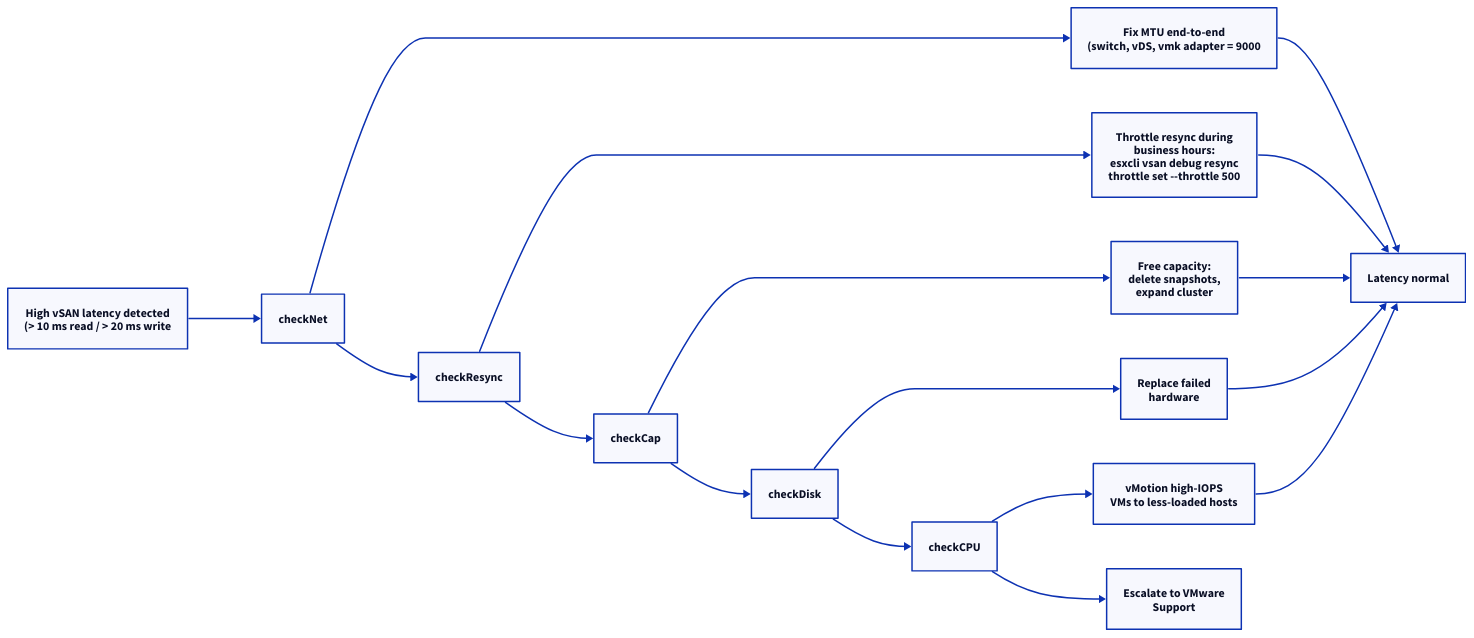
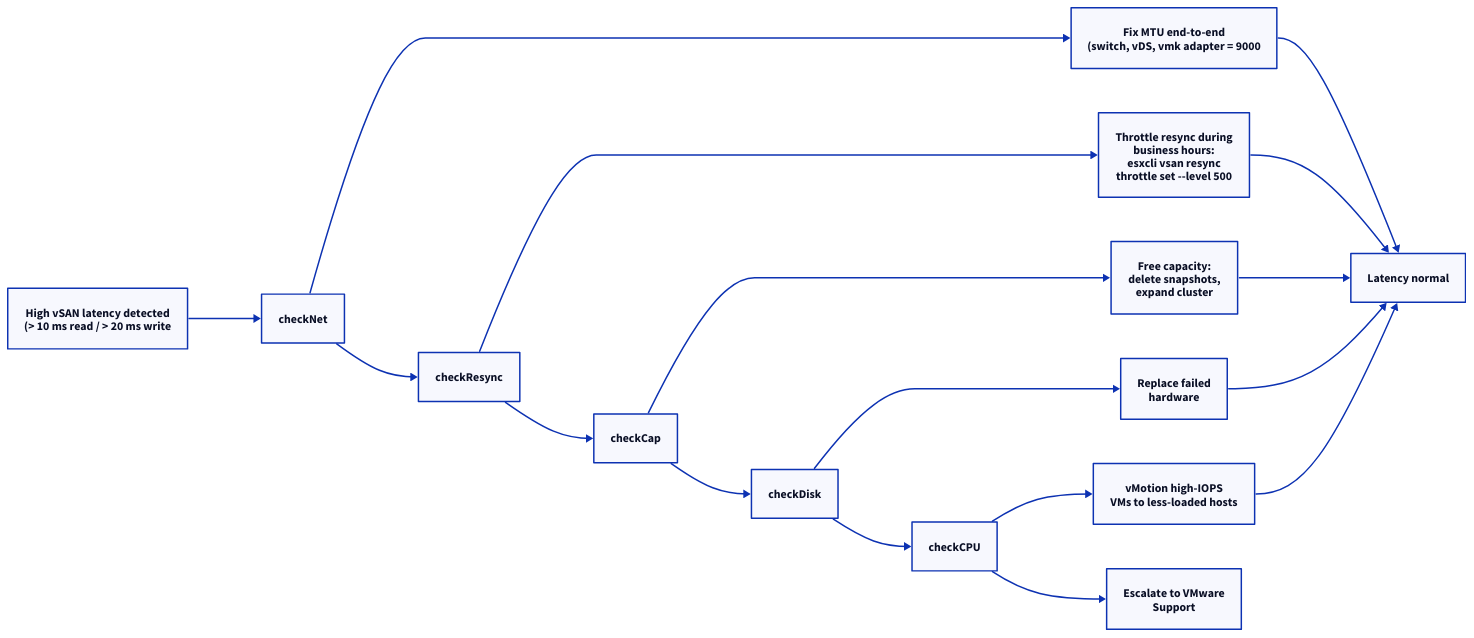
One commit to canast01/chris-kb changed the second of 4 diagrams in docs/virtualization/vmware/products/vsan/troubleshooting/common-issues.md. Above: the diagram before and after it, drawn with D2. The commit also changed other lines of this file and 141 other files, not shown here.

````diff
--- a/docs/virtualization/vmware/products/vsan/troubleshooting/common-issues.md
+++ b/docs/virtualization/vmware/products/vsan/troubleshooting/common-issues.md
@@ -235,34 +181,34 @@
 ```d2
 direction: right
 
 highLat: "High vSAN latency detected\n(> 10 ms read / > 20 ms write" {shape: rectangle}
 checkNet: "checkNet" {shape: rectangle}
 fixMTU: "Fix MTU end-to-end\n(switch, vDS, vmk adapter = 9000" {shape: rectangle}
 resolved: "Latency normal" {shape: rectangle}
 checkResync: "checkResync" {shape: rectangle}
-throttle: "Throttle resync during\nbusiness hours:\nesxcli vsan debug resync\nthrottle set --throttle 500" {shape: rectangle}
+throttle: "Throttle resync during\nbusiness hours:\nesxcli vsan resync\nthrottle set --level 500" {shape: rectangle}
 checkCap: "checkCap" {shape: rectangle}
 freeCap: "Free capacity:\ndelete snapshots,\nexpand cluster" {shape: rectangle}
 checkDisk: "checkDisk" {shape: rectangle}
 replaceDisk: "Replace failed\nhardware" {shape: rectangle}
 checkCPU: "checkCPU" {shape: rectangle}
 vMotion: "vMotion high-IOPS\nVMs to less-loaded hosts" {shape: rectangle}
 openCase: "Escalate to VMware\nSupport" {shape: rectangle}
 
 highLat -> checkNet
 checkNet -> fixMTU
 fixMTU -> resolved
 checkNet -> checkResync
 checkResync -> throttle
 throttle -> resolved
 checkResync -> checkCap
 checkCap -> freeCap
 freeCap -> resolved
 checkCap -> checkDisk
 checkDisk -> replaceDisk
 replaceDisk -> resolved
 checkDisk -> checkCPU
 checkCPU -> vMotion
 vMotion -> resolved
 checkCPU -> openCase
 ```
````
